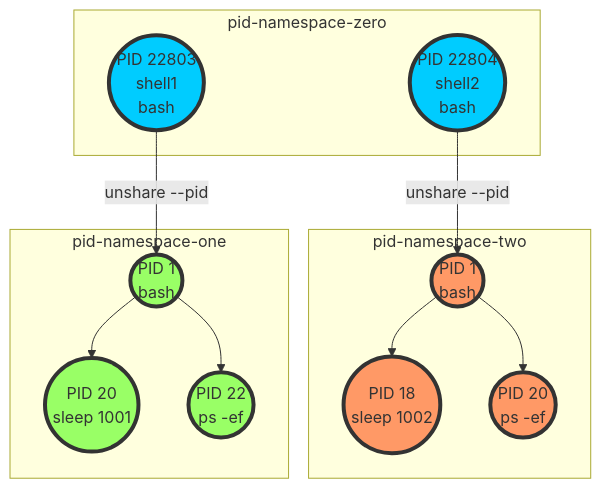
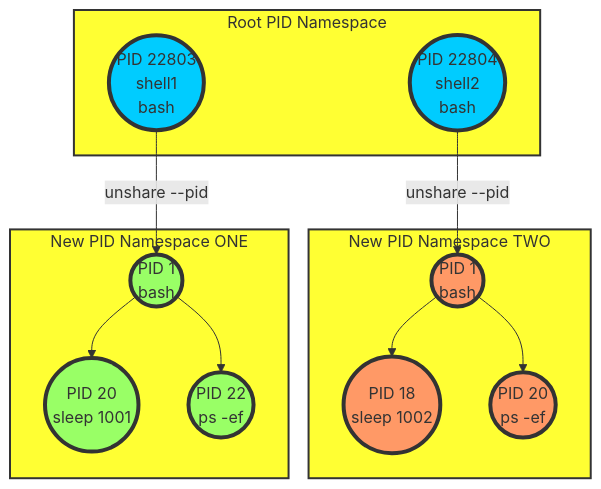
One commit to amcginlay/k8s-primer changed the third of 3 diagrams in content/014_linux_namespaces/_index.md. Above: the diagram before and after it, drawn with Mermaid. The commit also changed other lines of this file, not shown here.

```diff
--- a/content/014_linux_namespaces/_index.md
+++ b/content/014_linux_namespaces/_index.md
@@ -541,28 +566,30 @@
 {{< mermaid >}}
 graph TB
-    subgraph pid-namespace-zero
+    subgraph pid-namespace-zero[Root PID Namespace]
          proc1((PID 22803<br>shell1<br>bash))
          proc2((PID 22804<br>shell2<br>bash))
     end
-    subgraph pid-namespace-two
+    subgraph pid-namespace-two[New PID Namespace TWO]
          proc6((PID 1<br>bash))
          proc7((PID 18<br>sleep 1002))
          proc8((PID 20<br>ps -ef))
     end
-    subgraph pid-namespace-one
+    subgraph pid-namespace-one[New PID Namespace ONE]
          proc3((PID 1<br>bash))
          proc4((PID 20<br>sleep 1001))
          proc5((PID 22<br>ps -ef))
     end
 proc1 -->|unshare --pid| proc3
 proc2 -->|unshare --pid| proc6
 proc3 --> proc4 & proc5
 proc6 --> proc7 & proc8
 
 classDef green fill:#9f6,stroke:#333,stroke-width:4px;
 classDef blue fill:#0cf,stroke:#333,stroke-width:4px;
 classDef orange fill:#f96,stroke:#333,stroke-width:4px;
+classDef yellow fill:#ff3,stroke:#333,stroke-width:2px;
 class proc1,proc2 blue;
 class proc3,proc4,proc5 green;
 class proc6,proc7,proc8 orange;
+class pid-namespace-zero,pid-namespace-one,pid-namespace-two yellow;
 {{< /mermaid >}}
```
